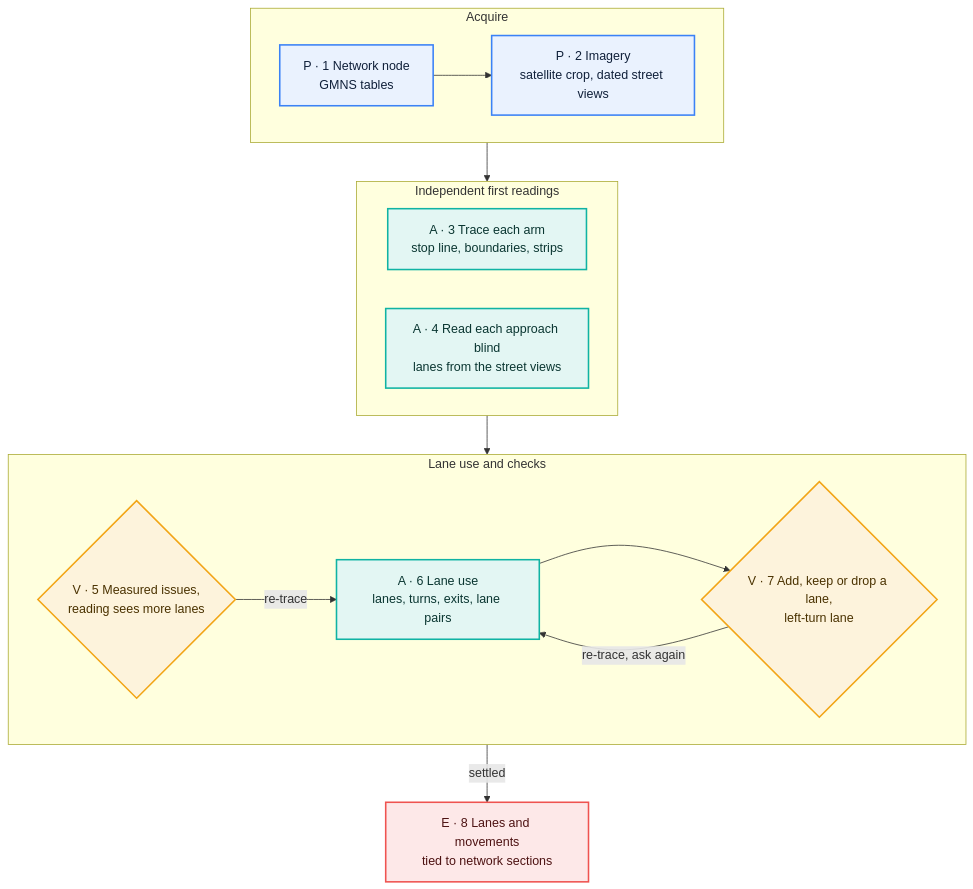
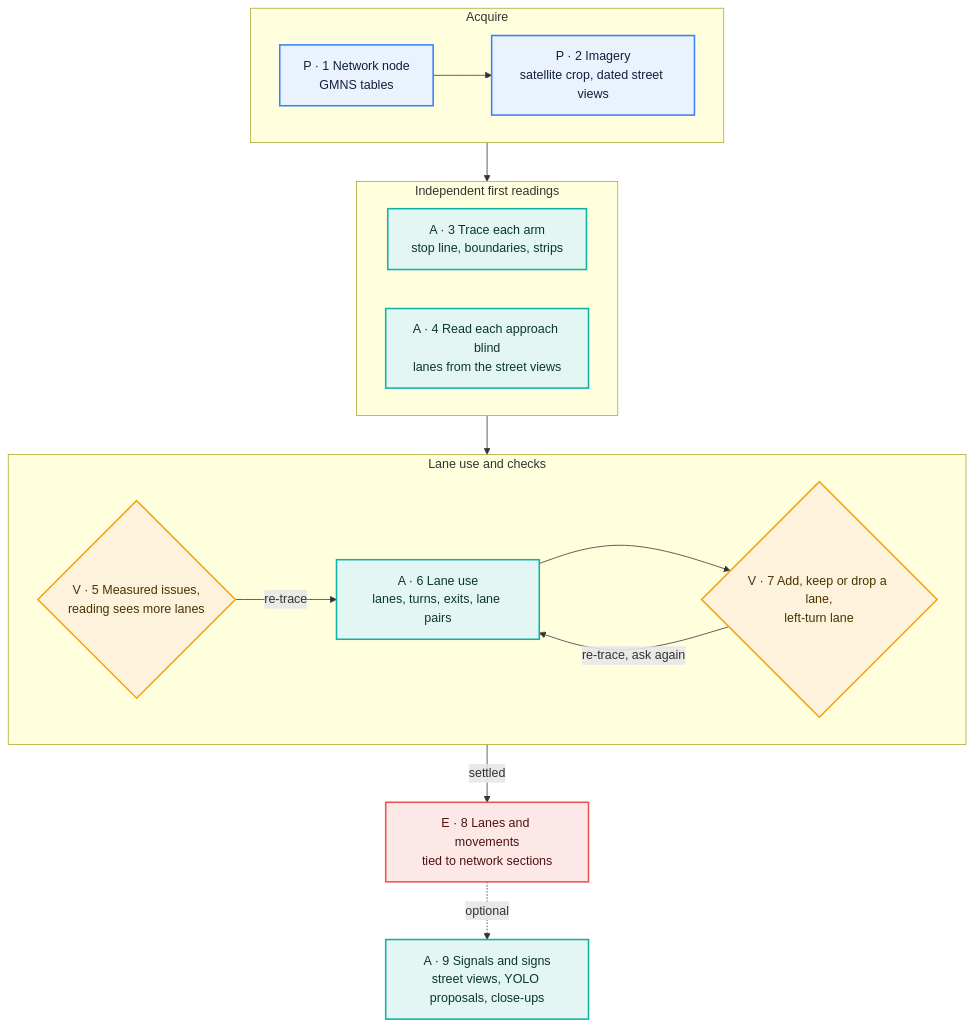
Before and after one commit to yajunliu99/pave: the second of 3 diagrams in README.md, drawn with Mermaid. The commit also changed other lines of this file and 793 other files, not shown here.

````diff
--- a/README.md
+++ b/README.md
@@ -57,28 +57,29 @@
 ```mermaid
 flowchart TB
   subgraph R1["Acquire"]
     direction LR
     r1["P · 1 Network node<br/>GMNS tables"] --> r2["P · 2 Imagery<br/>satellite crop, dated street views"]
   end
   subgraph R2["Independent first readings"]
     direction LR
     r3["A · 3 Trace each arm<br/>stop line, boundaries, strips"]
     r4["A · 4 Read each approach blind<br/>lanes from the street views"]
   end
   subgraph R3["Lane use and checks"]
     direction LR
     r5{"V · 5 Measured issues,<br/>reading sees more lanes"} -- "re-trace" --> r6["A · 6 Lane use<br/>lanes, turns, exits, lane pairs"]
     r6 --> r7{"V · 7 Add, keep or drop a lane,<br/>left-turn lane"}
     r7 -- "re-trace, ask again" --> r6
   end
   R1 --> R2 --> R3
   R3 -- "settled" --> r8["E · 8 Lanes and movements<br/>tied to network sections"]
+  r8 -. "optional" .-> r9["A · 9 Signals and signs<br/>street views, YOLO proposals, close-ups"]
   classDef P fill:#eaf2fe,stroke:#3b82f6,stroke-width:2px,color:#10203a
   classDef A fill:#e3f6f3,stroke:#10b3a3,stroke-width:2px,color:#0a3631
   classDef V fill:#fdf3dc,stroke:#f2a516,stroke-width:2px,color:#4a3200
   classDef E fill:#fde8e8,stroke:#ef5350,stroke-width:2px,color:#4d1212
   class r1,r2 P
-  class r3,r4,r6 A
+  class r3,r4,r6,r9 A
   class r5,r7 V
   class r8 E
 ```
````
